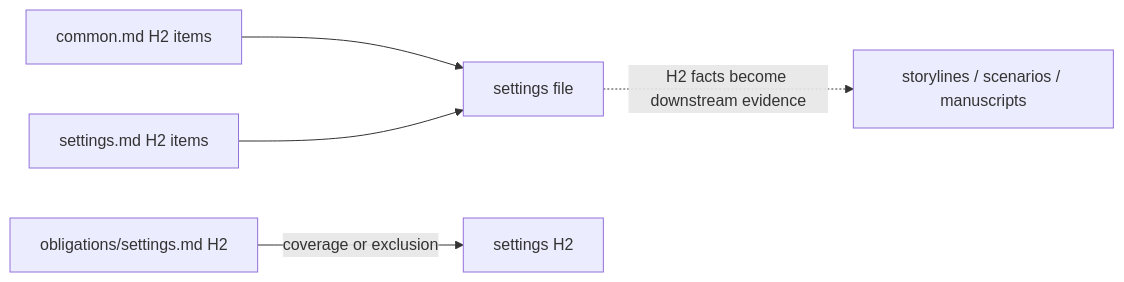
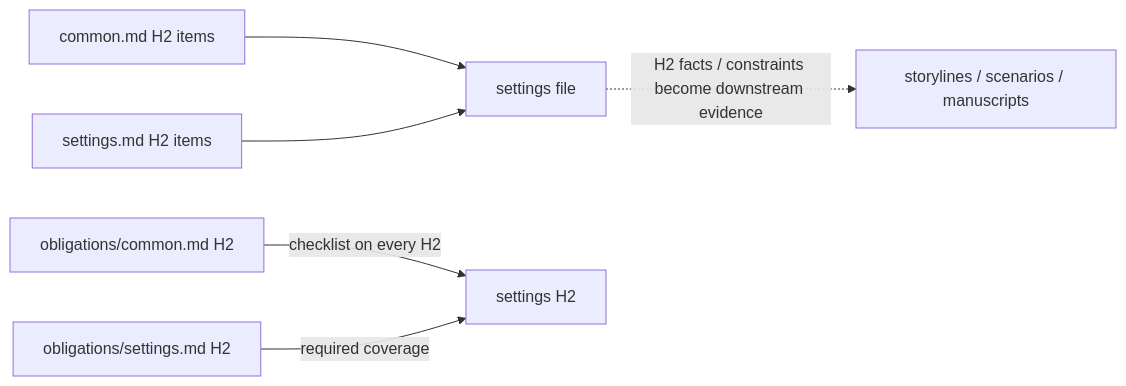
Before and after one commit to samchon/novels: the diagram in .agents/skills/novel/settings.md, drawn with Mermaid. The commit also changed other lines of this file and 36 other files, not shown here.

````diff
--- a/.agents/skills/novel/settings.md
+++ b/.agents/skills/novel/settings.md
@@ -37,7 +71,8 @@
 ```mermaid
 flowchart LR
   CM["common.md H2 items"] --> SF["settings file"]
   P["settings.md H2 items"] --> SF
-  O["obligations/settings.md H2"] -->|"coverage or exclusion"| S2["settings H2"]
-  SF -. "H2 facts become downstream evidence" .-> D["storylines / scenarios / manuscripts"]
+  OU["obligations/common.md H2"] -->|"checklist on every H2"| S2["settings H2"]
+  O["obligations/settings.md H2"] -->|"required coverage"| S2["settings H2"]
+  SF -. "H2 facts / constraints become downstream evidence" .-> D["storylines / scenarios / manuscripts"]
 ```
````
